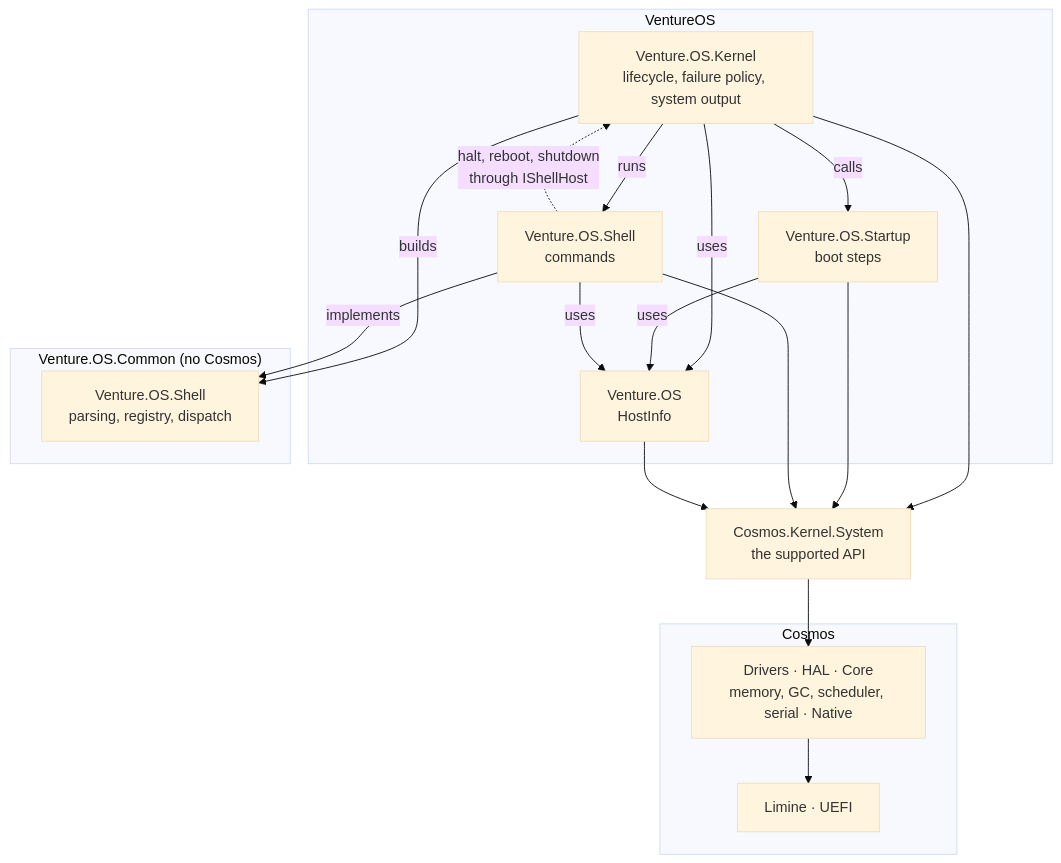
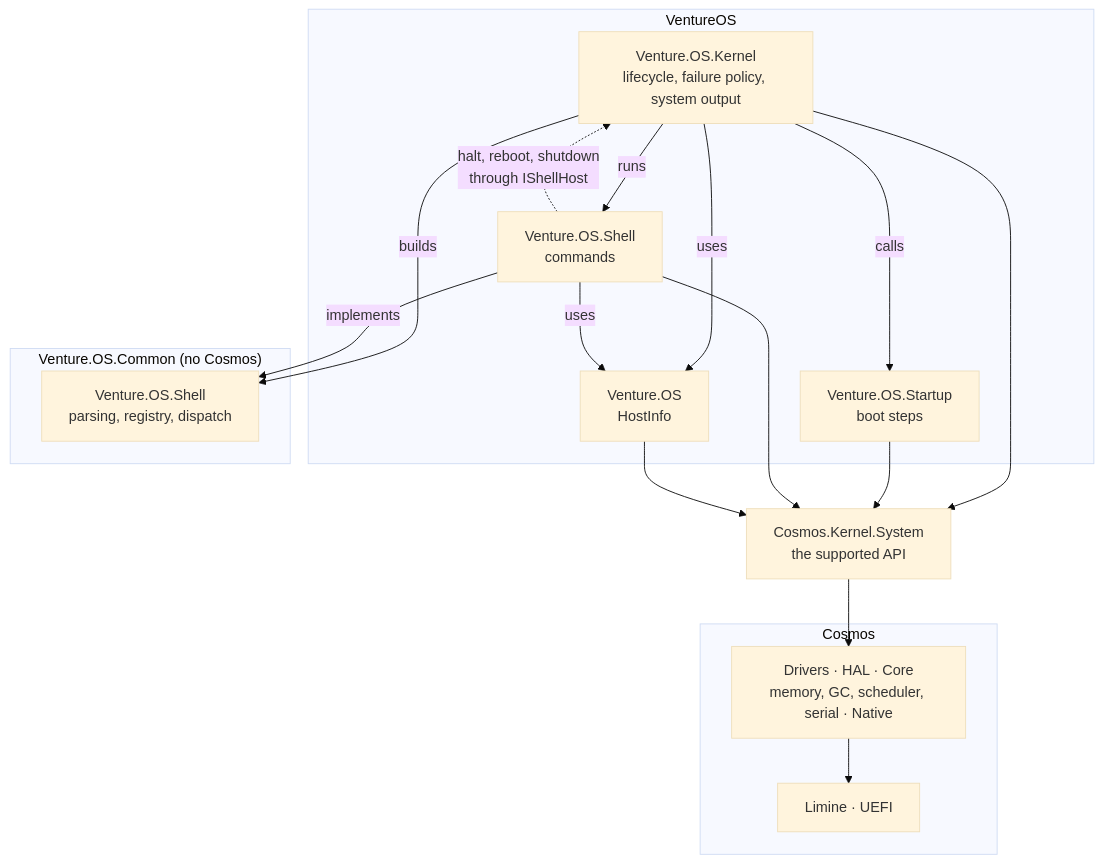
Before and after one commit to tonytins/VentureOS: the first of 3 diagrams in docs/architecture.md, drawn with Mermaid (base theme). The commit also changed other lines of this file and 4 other files, not shown here.

````diff
--- a/docs/architecture.md
+++ b/docs/architecture.md
@@ -155,35 +155,34 @@
 ```mermaid
 flowchart TD
     subgraph VentureOS
         Kernel["Venture.OS.Kernel<br/>lifecycle, failure policy, system output"]
         Startup["Venture.OS.Startup<br/>boot steps"]
         Shell["Venture.OS.Shell<br/>commands"]
         Host["Venture.OS<br/>HostInfo"]
         Kernel -- calls --> Startup
         Kernel -- runs --> Shell
         Shell -. "halt, reboot, shutdown<br/>through IShellHost" .-> Kernel
         Kernel -- uses --> Host
-        Startup -- uses --> Host
         Shell -- uses --> Host
     end
 
     subgraph Common["Venture.OS.Common (no Cosmos)"]
         Framework["Venture.OS.Shell<br/>parsing, registry, dispatch"]
     end
     Kernel -- builds --> Framework
     Shell -- implements --> Framework
 
     Ring["Cosmos.Kernel.System<br/>the supported API"]
     Kernel --> Ring
     Startup --> Ring
     Shell --> Ring
     Host --> Ring
 
     subgraph Cosmos
         Lower["Drivers · HAL · Core<br/>memory, GC, scheduler, serial · Native"]
         Boot["Limine · UEFI"]
         Lower --> Boot
     end
 
     Ring --> Lower
 ```
````
